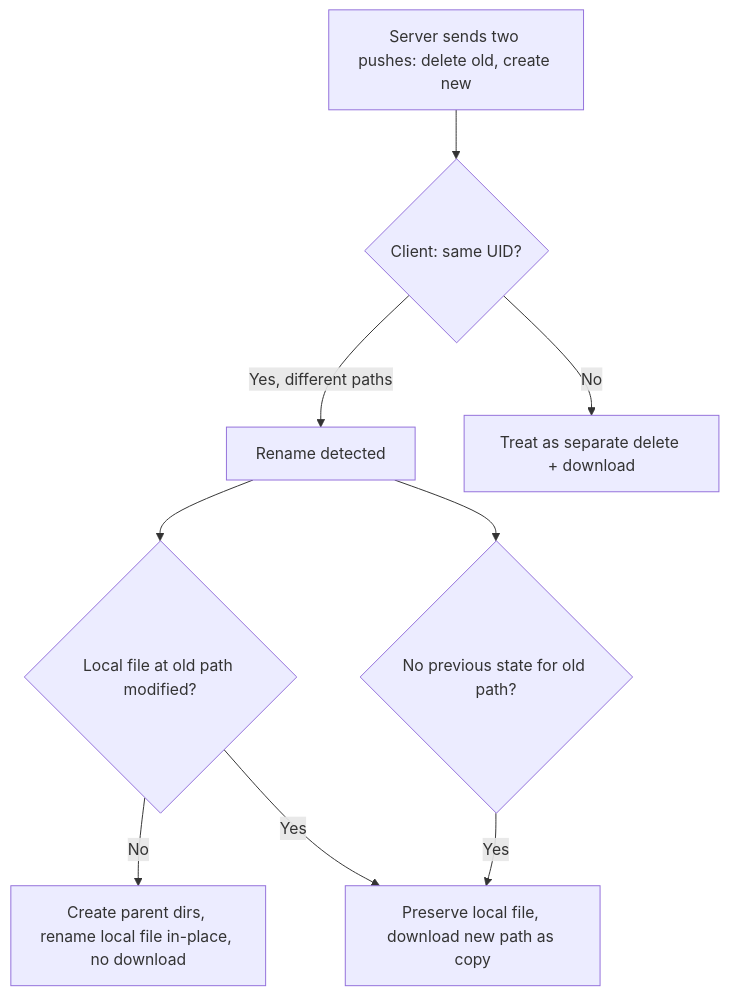
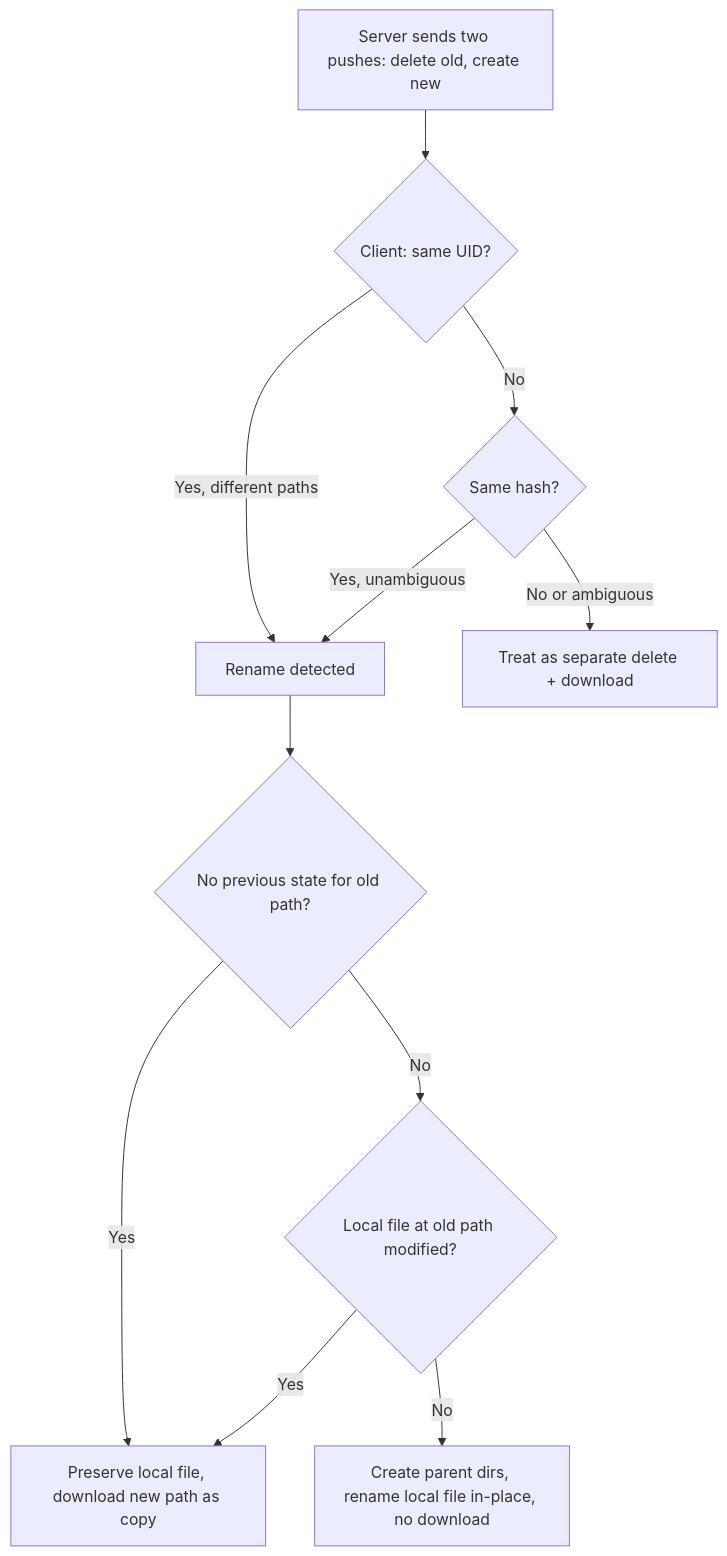
Before and after one commit to Belphemur/obsidian-headless: the diagram in website/src/architecture/sync-protocol.md, drawn with Mermaid. The commit also changed other lines of this file and 5 other files, not shown here.

````diff
--- a/website/src/architecture/sync-protocol.md
+++ b/website/src/architecture/sync-protocol.md
@@ -244,11 +244,13 @@
 ```mermaid
 flowchart TD
     A[Server sends two pushes: delete old, create new] --> B{Client: same UID?}
     B -->|Yes, different paths| C[Rename detected]
-    B -->|No| D[Treat as separate delete + download]
-    C --> E{Local file at old path modified?}
+    B -->|No| H{Same hash?}
+    H -->|Yes, unambiguous| C
+    H -->|No or ambiguous| D[Treat as separate delete + download]
+    C --> I{No previous state for old path?}
+    I -->|Yes| G[Preserve local file, download new path as copy]
+    I -->|No| E{Local file at old path modified?}
+    E -->|Yes| G
     E -->|No| F[Create parent dirs, rename local file in-place, no download]
-    E -->|Yes| G[Preserve local file, download new path as copy]
-    C --> H{No previous state for old path?}
-    H -->|Yes| G
 ```
````
